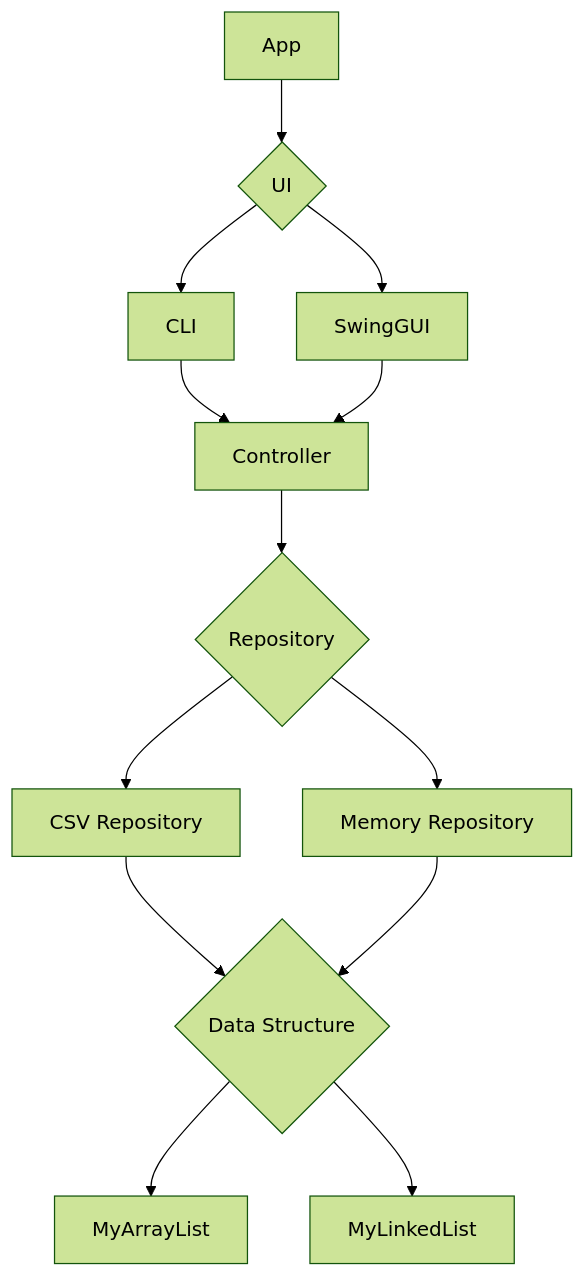
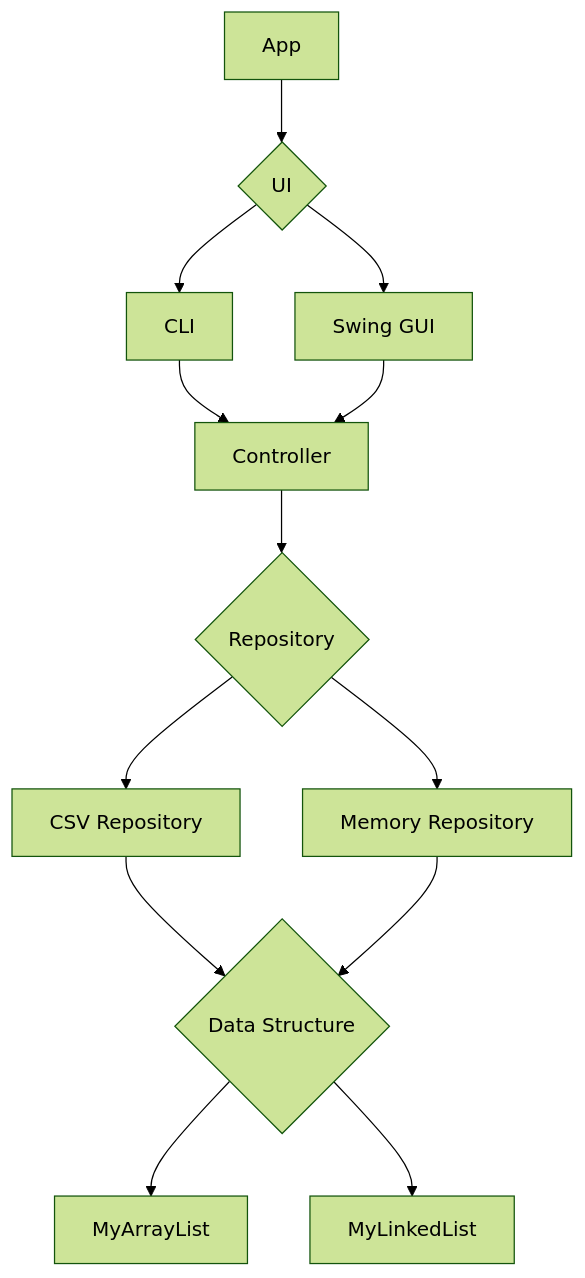
One commit to ilkkavv/person-crud-app changed the diagram in README.md. Above: the diagram before and after it, drawn with Mermaid (forest theme). The commit also changed other lines of this file, not shown here.

Commit message:
docs(readme): improve architecture section formatting and naming

````diff
--- a/README.md
+++ b/README.md
@@ -127,19 +127,19 @@
 ```mermaid
 graph TD
     App --> UI{UI}
     UI --> CLI
-    UI --> SwingGUI
+    UI --> SwingGUI[Swing GUI]
 
     CLI --> Controller
     SwingGUI --> Controller
 
     Controller --> Repository{Repository}
     Repository --> CsvRepository[CSV Repository]
     Repository --> MemRepository[Memory Repository]
 
     CsvRepository --> DataStructure{Data Structure}
     MemRepository --> DataStructure
 
     DataStructure --> MyArrayList
     DataStructure --> MyLinkedList
 ```
````
